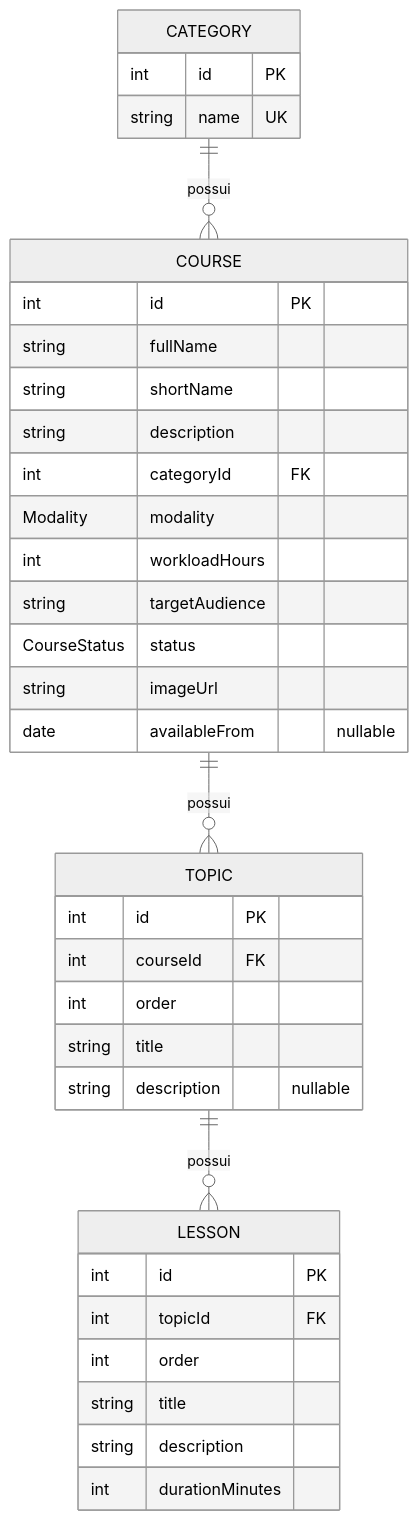
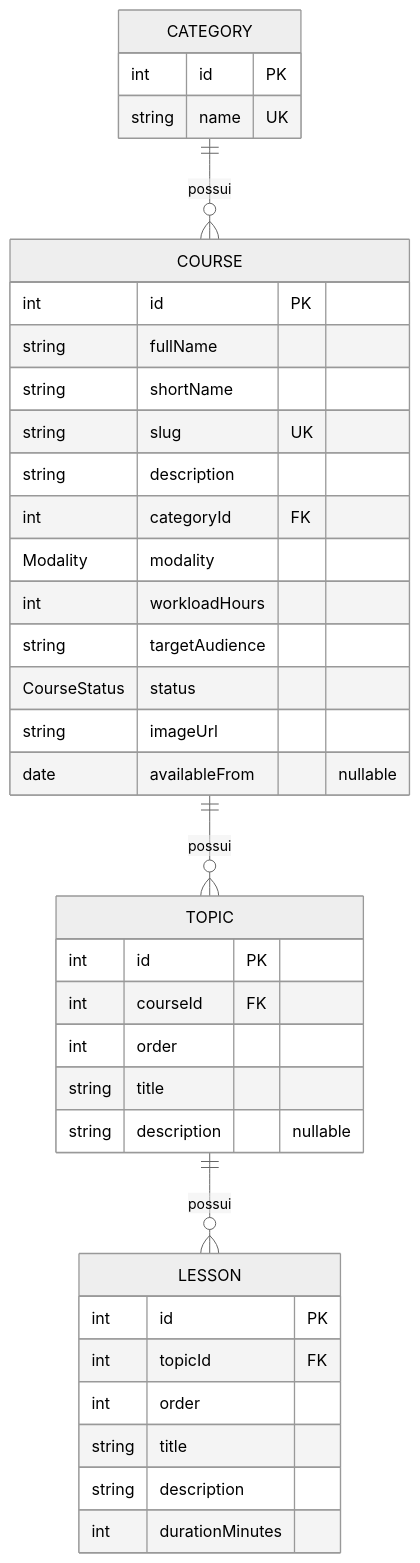
Before and after one commit to i-am-anderson/sesi-teste: the first of 3 diagrams in README.md, drawn with Mermaid (neutral theme). The commit also changed 11 other files, not shown here.

````diff
--- a/README.md
+++ b/README.md
@@ -71,42 +71,43 @@
 ```mermaid
 erDiagram
     CATEGORY ||--o{ COURSE : "possui"
     COURSE ||--o{ TOPIC : "possui"
     TOPIC ||--o{ LESSON : "possui"
 
     CATEGORY {
         int id PK
         string name UK
     }
 
     COURSE {
         int id PK
         string fullName
         string shortName
+        string slug UK
         string description
         int categoryId FK
         Modality modality
         int workloadHours
         string targetAudience
         CourseStatus status
         string imageUrl
         date availableFrom "nullable"
     }
 
     TOPIC {
         int id PK
         int courseId FK
         int order
         string title
         string description "nullable"
     }
 
     LESSON {
         int id PK
         int topicId FK
         int order
         string title
         string description
         int durationMinutes
     }
 ```
````
